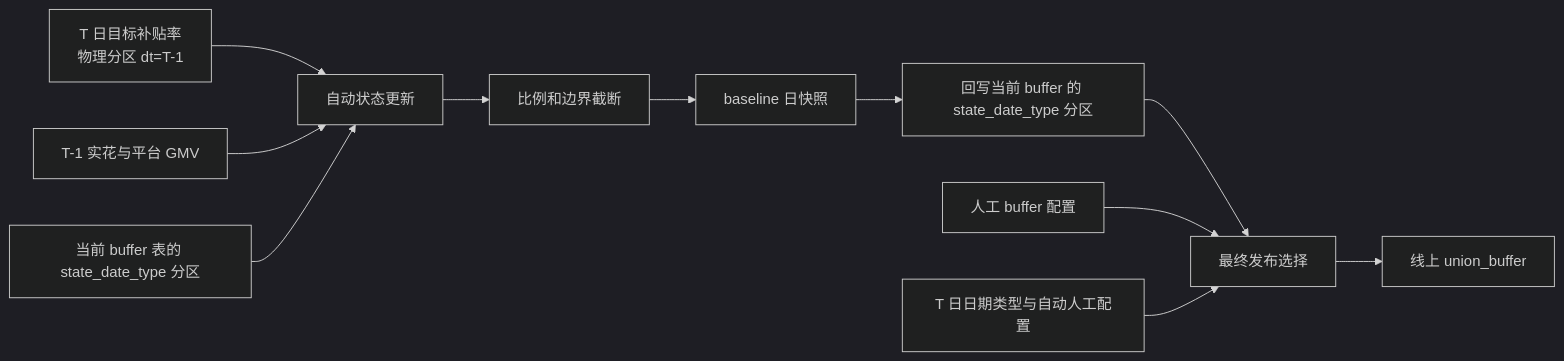
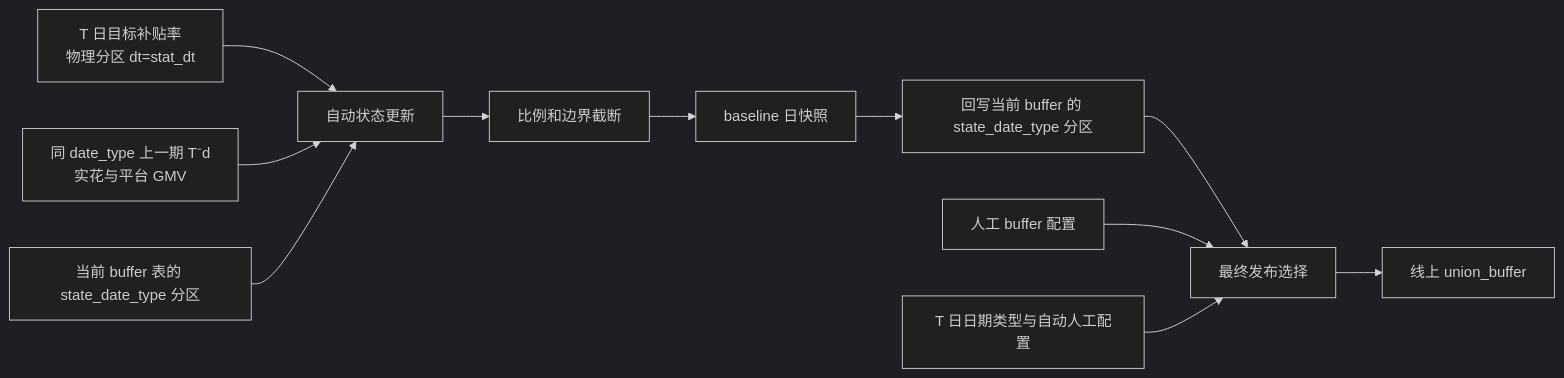
The diagram in 3.6-buffer-自动调整/3.6-buffer-自动调整-TODO路线.md (m17858052891-kk/obsidiankeke), drawn with Mermaid (dark theme) before and after one commit. The commit also changed other lines of this file and 2 other files, not shown here.

````diff
--- a/3.6-buffer-自动调整/3.6-buffer-自动调整-TODO路线.md
+++ b/3.6-buffer-自动调整/3.6-buffer-自动调整-TODO路线.md
@@ -199,13 +199,13 @@
 ```mermaid
 flowchart LR
-    A[T 日目标补贴率<br/>物理分区 dt=T-1] --> E[自动状态更新]
-    B[T-1 实花与平台 GMV] --> E
+    A[T 日目标补贴率<br/>物理分区 dt=stat_dt] --> E[自动状态更新]
+    B[同 date_type 上一期 T⁻d<br/>实花与平台 GMV] --> E
     C[当前 buffer 表的 state_date_type 分区] --> E
     E --> F[比例和边界截断]
     F --> G[baseline 日快照]
     G --> L[回写当前 buffer 的 state_date_type 分区]
     L --> H[最终发布选择]
     I[人工 buffer 配置] --> H
     J[T 日日期类型与自动人工配置] --> H
     H --> K[线上 union_buffer]
 ```
````
